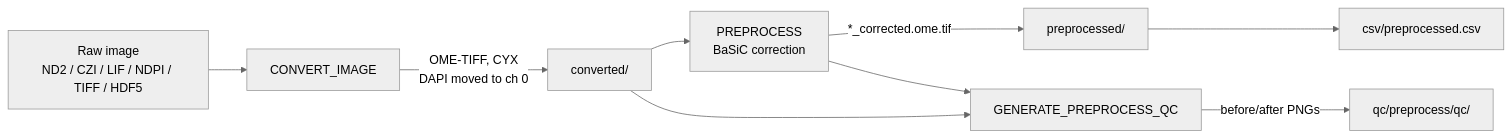
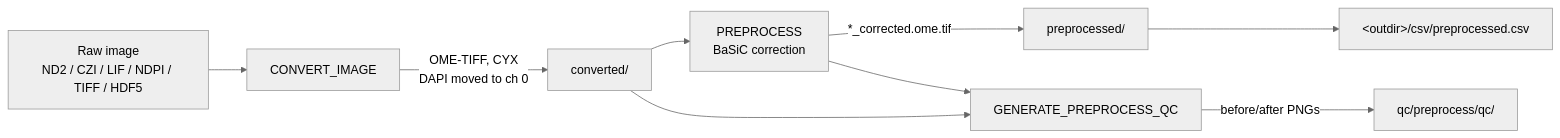
Before and after one commit to sceriff0/ateia: the first of 2 diagrams in docs/preprocessing.md, drawn with Mermaid (neutral theme). The commit also changed other lines of this file and 24 other files, not shown here.

````diff
--- a/docs/preprocessing.md
+++ b/docs/preprocessing.md
@@ -34,11 +34,11 @@
 ```mermaid
 flowchart LR
     A[Raw image<br/>ND2 / CZI / LIF / NDPI / TIFF / HDF5] --> B[CONVERT_IMAGE]
     B -->|OME-TIFF, CYX<br/>DAPI moved to ch 0| C[converted/]
     C --> D[PREPROCESS<br/>BaSiC correction]
     D -->|*_corrected.ome.tif| E[preprocessed/]
     C --> F[GENERATE_PREPROCESS_QC]
     D --> F
     F -->|before/after PNGs| G[qc/preprocess/qc/]
-    E --> H[csv/preprocessed.csv]
+    E --> H[&lt;outdir&gt;/csv/preprocessed.csv]
 ```
````
